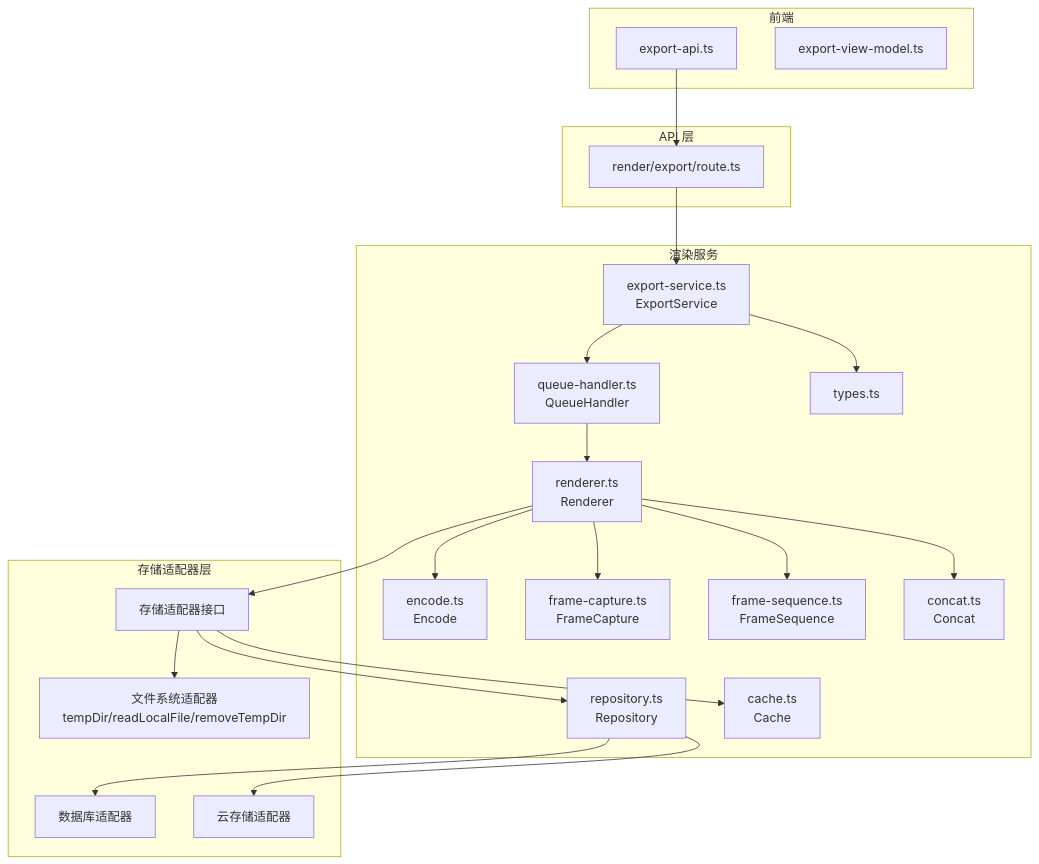
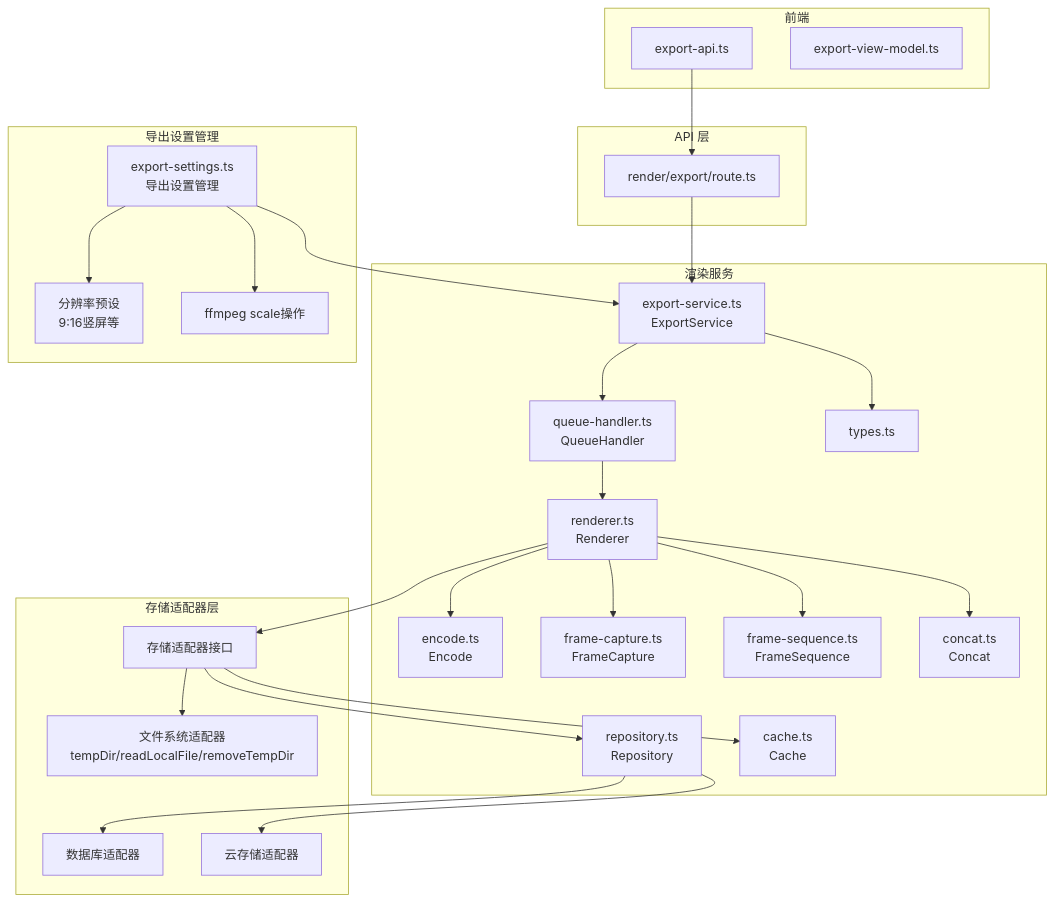
One commit to AIMFllyYS/code-video-canvas changed the first of 10 diagrams in .qoder/repowiki/zh/content/核心功能模块/渲染引擎/导出服务.md. Above: the diagram before and after it, drawn with Mermaid. The commit also changed other lines of this file and 7 other files, not shown here.

````diff
--- a/.qoder/repowiki/zh/content/核心功能模块/渲染引擎/导出服务.md
+++ b/.qoder/repowiki/zh/content/核心功能模块/渲染引擎/导出服务.md
@@ -52,43 +54,51 @@
 ```mermaid
 graph TB
 subgraph "前端"
 FE_API["export-api.ts"]
 FE_VM["export-view-model.ts"]
 end
 subgraph "API 层"
 Route["render/export/route.ts"]
 end
 subgraph "渲染服务"
 ES["export-service.ts<br/>ExportService"]
 QH["queue-handler.ts<br/>QueueHandler"]
 RND["renderer.ts<br/>Renderer"]
 REPO["repository.ts<br/>Repository"]
 CACHE["cache.ts<br/>Cache"]
 ENC["encode.ts<br/>Encode"]
 FCAP["frame-capture.ts<br/>FrameCapture"]
 FSEQ["frame-sequence.ts<br/>FrameSequence"]
 CONCAT["concat.ts<br/>Concat"]
 TYPES["types.ts"]
 end
+subgraph "导出设置管理"
+EXPORT_SETTINGS["export-settings.ts<br/>导出设置管理"]
+RESOLUTION_PRESETS["分辨率预设<br/>9:16竖屏等"]
+SCALE_OPERATIONS["ffmpeg scale操作"]
+end
 subgraph "存储适配器层"
 StorageAdapter["存储适配器接口"]
 FSAdapter["文件系统适配器<br/>tempDir/readLocalFile/removeTempDir"]
 DBAdapter["数据库适配器"]
 CloudAdapter["云存储适配器"]
 end
 FE_API --> Route
 Route --> ES
 ES --> QH
 QH --> RND
 RND --> FCAP
 RND --> FSEQ
 RND --> ENC
 RND --> CONCAT
 RND --> StorageAdapter
+EXPORT_SETTINGS --> ES
+EXPORT_SETTINGS --> RESOLUTION_PRESETS
+EXPORT_SETTINGS --> SCALE_OPERATIONS
 StorageAdapter --> FSAdapter
 StorageAdapter --> REPO
 StorageAdapter --> CACHE
 REPO --> DBAdapter
 REPO --> CloudAdapter
 ES --> TYPES
 ```
````
